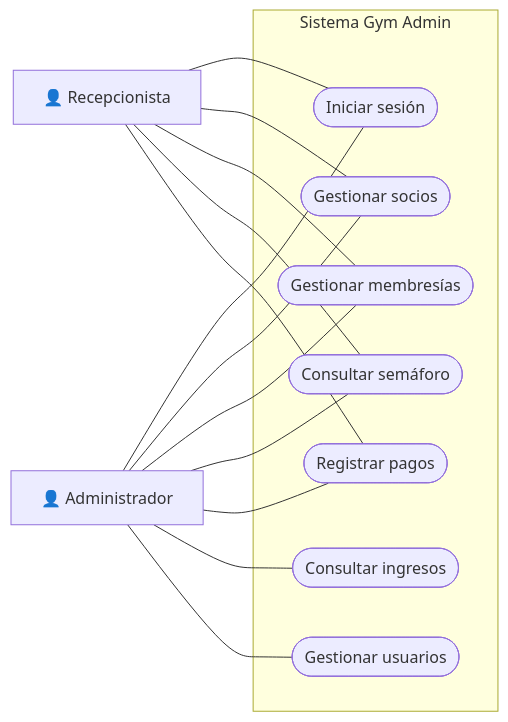
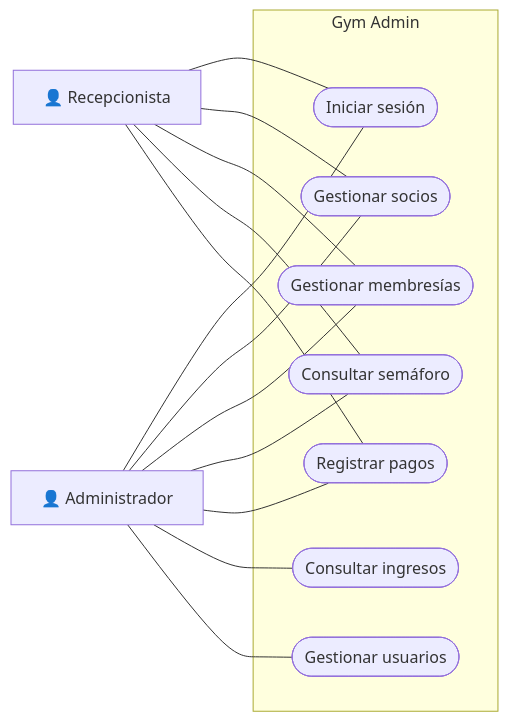
The diagram in 02-Casos-de-Uso/casos-de-uso.md (Demian101104/Gym-Admin), drawn with Mermaid before and after one commit.

````diff
--- a/02-Casos-de-Uso/casos-de-uso.md
+++ b/02-Casos-de-Uso/casos-de-uso.md
@@ -7,29 +7,29 @@
 ```mermaid
 flowchart LR
     A["👤 Administrador"]
     R["👤 Recepcionista"]
 
-    subgraph S["Sistema Gym Admin"]
+    subgraph S["Gym Admin"]
         UC1(["Iniciar sesión"])
         UC2(["Gestionar socios"])
         UC3(["Gestionar membresías"])
         UC4(["Consultar semáforo"])
         UC5(["Registrar pagos"])
         UC6(["Consultar ingresos"])
         UC7(["Gestionar usuarios"])
     end
 
     A --- UC1
     A --- UC2
     A --- UC3
     A --- UC4
     A --- UC5
     A --- UC6
     A --- UC7
 
     R --- UC1
     R --- UC2
     R --- UC3
     R --- UC4
     R --- UC5
 ```
````
